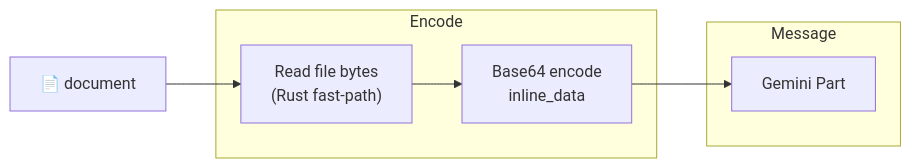
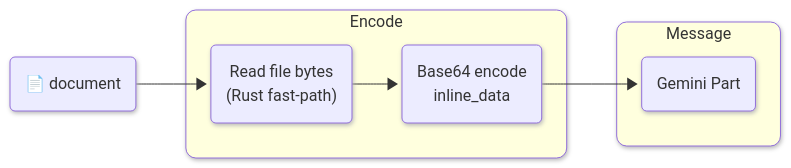
Diagram 16 of 17 in docs/ENCODERS.md (vlm-run/mm), drawn with Mermaid before and after one commit. The commit also changed other lines of this file and 1 other file, not shown here.

````diff
--- a/docs/ENCODERS.md
+++ b/docs/ENCODERS.md
@@ -391,15 +437,18 @@
 ```mermaid
+%%{init: {'look': 'neo'} }%%
 graph LR
-  doc["📄 document"]
+  doc("📄 document")
 
   subgraph encode ["Encode"]
-    read["Read file bytes\n(Rust fast-path)"]
-    b64["Base64 encode\ninline_data"]
+    read("Read file bytes\n(Rust fast-path)")
+    b64("Base64 encode\ninline_data")
   end
 
   subgraph message ["Message"]
-    msg["Gemini Part"]
+    msg("Gemini Part")
   end
 
   doc --> read --> b64 --> msg
+  style encode rx:10px,ry:10px
+  style message rx:10px,ry:10px
 ```
````
